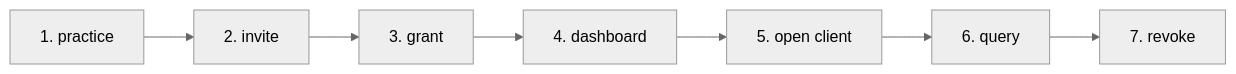
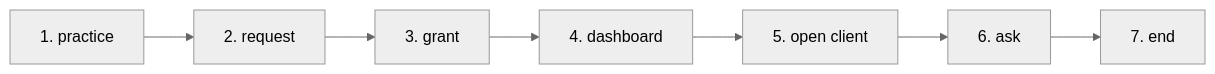
Before and after one commit to maharishia07/chitbridge-web: the diagram in docs/design/practice-door/FLOW.md, drawn with Mermaid (neutral theme). The commit also changed other lines of this file and 5 other files, not shown here.

Commit message:
CA1b: practice door reworked on our construct — §0 why this is not a Xero HQ, rail verbs for the grant, Sealed to · Nightly says, no request object (docs only)

````diff
--- a/docs/design/practice-door/FLOW.md
+++ b/docs/design/practice-door/FLOW.md
@@ -15,4 +17,4 @@
 ```mermaid
 flowchart LR
-  S1["1. practice"] --> S2["2. invite"] --> S3["3. grant"] --> S4["4. dashboard"] --> S5["5. open client"] --> S6["6. query"] --> S7["7. revoke"]
+  S1["1. practice"] --> S2["2. request"] --> S3["3. grant"] --> S4["4. dashboard"] --> S5["5. open client"] --> S6["6. ask"] --> S7["7. end"]
 ```
````
